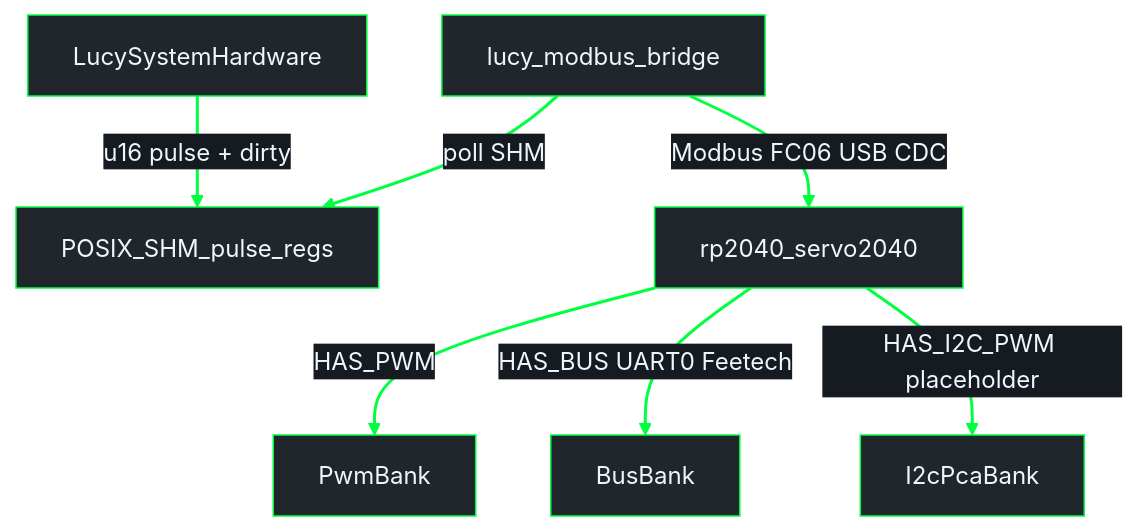
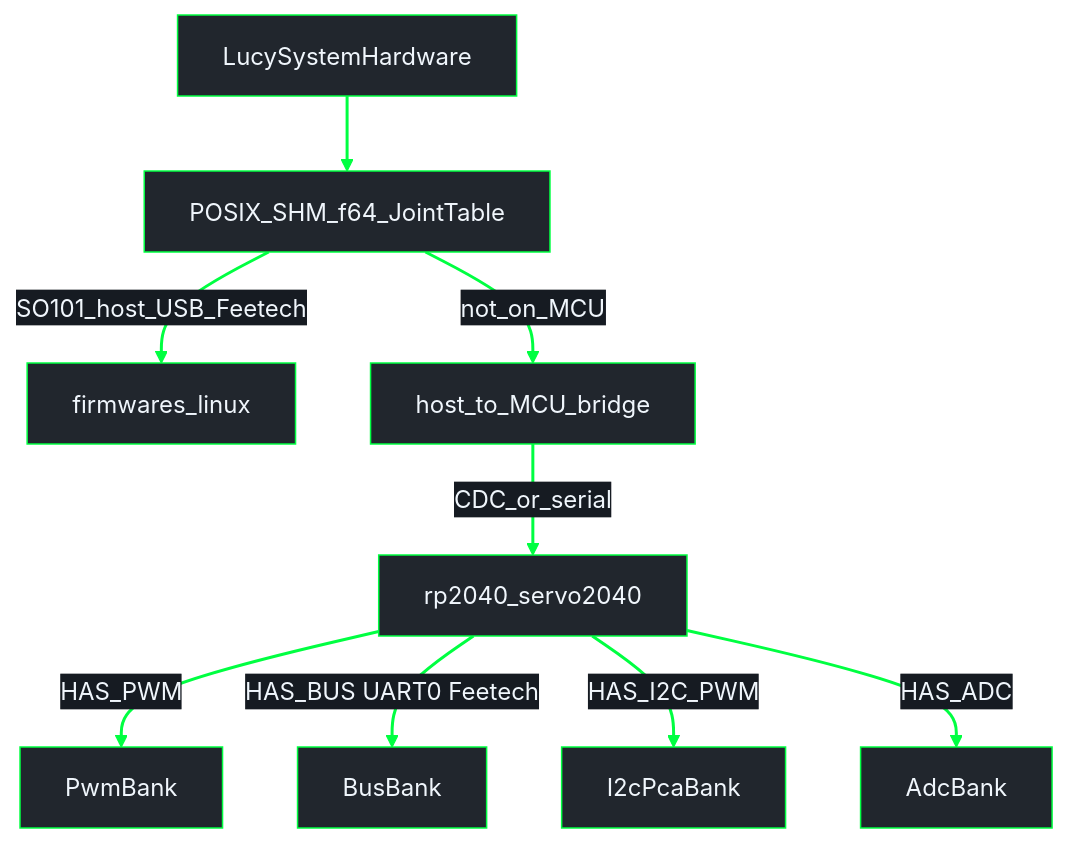
One commit to Lucy-Robotics/lucy_embedded_firmware changed the first of 3 diagrams in docs/architecture/firmware.md. Above: the diagram before and after it, drawn with Mermaid. The commit also changed other lines of this file and 1 other file, not shown here.

Commit message:
evol(architecture): document f64 SHM path only

````diff
--- a/docs/architecture/firmware.md
+++ b/docs/architecture/firmware.md
@@ -18,15 +14,18 @@
 ```mermaid
 %%{init: {"theme": "base", "themeVariables": {"darkMode": true, "background": "#0d1117", "mainBkg": "#21262d", "primaryColor": "#21262d", "primaryTextColor": "#f0f6fc", "primaryBorderColor": "#00FF41", "secondaryColor": "#161b22", "secondaryTextColor": "#f0f6fc", "secondaryBorderColor": "#00FF41", "tertiaryColor": "#161b22", "tertiaryTextColor": "#f0f6fc", "tertiaryBorderColor": "#00FF41", "lineColor": "#00FF41", "textColor": "#f0f6fc", "nodeTextColor": "#f0f6fc", "edgeLabelBackground": "#161b22", "clusterBkg": "#0d1117", "clusterBorder": "#00FF41", "titleColor": "#f0f6fc"}}}%%
 flowchart TB
   HI["LucySystemHardware"]
-  SHM["POSIX_SHM_pulse_regs"]
-  Bridge["lucy_modbus_bridge"]
+  SHM["POSIX_SHM_f64_JointTable"]
+  LinuxFW["firmwares_linux"]
+  Bridge["host_to_MCU_bridge"]
   S2040["rp2040_servo2040"]
-  HI -->|"u16 pulse + dirty"| SHM
-  Bridge -->|"poll SHM"| SHM
-  Bridge -->|"Modbus FC06 USB CDC"| S2040
+  HI --> SHM
+  SHM -->|"SO101_host_USB_Feetech"| LinuxFW
+  SHM -->|"not_on_MCU"| Bridge
+  Bridge -->|"CDC_or_serial"| S2040
   S2040 -->|"HAS_PWM"| PWM["PwmBank"]
   S2040 -->|"HAS_BUS UART0 Feetech"| Bus["BusBank"]
-  S2040 -->|"HAS_I2C_PWM placeholder"| I2C["I2cPcaBank"]
+  S2040 -->|"HAS_I2C_PWM"| I2C["I2cPcaBank"]
+  S2040 -->|"HAS_ADC"| ADC["AdcBank"]
   linkStyle default stroke:#00FF41,stroke-width:2px
 ```
````
